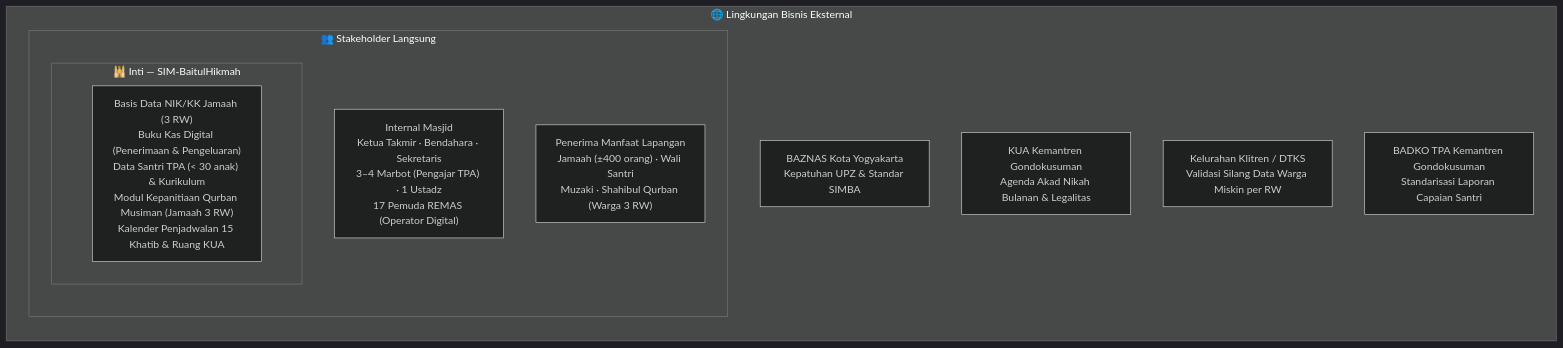
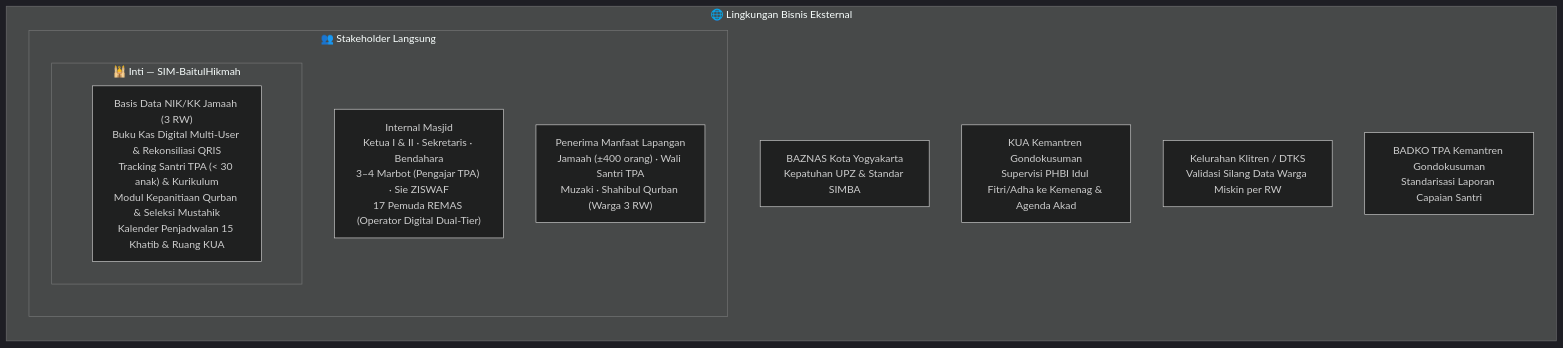
One commit to anothersunrisee/project-MSI changed the second of 4 diagrams in Laporan Modul 2 - Kelompok 1 F1.md. Above: the diagram before and after it, drawn with Mermaid (dark theme). The commit also changed other lines of this file and 3 other files, not shown here.

Commit message:
fix(reports-audit): harmonize mermaid diagrams across modules 1-3, update AGENTS.md mermaid audit protocol, and align module 3 with Bu Ratna's guidance

````diff
--- a/Laporan Modul 2 - Kelompok 1 F1.md
+++ b/Laporan Modul 2 - Kelompok 1 F1.md
@@ -91,18 +93,18 @@
 ```mermaid
 flowchart TD
     subgraph L3["🌐 Lingkungan Bisnis Eksternal"]
         direction TB
         subgraph L2["👥 Stakeholder Langsung"]
             direction TB
             subgraph L1["🕌 Inti — SIM-BaitulHikmah"]
-                CORE["Basis Data NIK/KK Jamaah (3 RW)\nBuku Kas Digital (Penerimaan & Pengeluaran)\nData Santri TPA (< 30 anak) & Kurikulum\nModul Kepanitiaan Qurban Musiman (Jamaah 3 RW)\nKalender Penjadwalan 15 Khatib & Ruang KUA"]
+                CORE["Basis Data NIK/KK Jamaah (3 RW)\nBuku Kas Digital Multi-User & Rekonsiliasi QRIS\nTracking Santri TPA (< 30 anak) & Kurikulum\nModul Kepanitiaan Qurban & Seleksi Mustahik\nKalender Penjadwalan 15 Khatib & Ruang KUA"]
             end
-            ST_IN["Internal Masjid\nKetua Takmir · Bendahara · Sekretaris\n3–4 Marbot (Pengajar TPA) · 1 Ustadz\n17 Pemuda REMAS (Operator Digital)"]
-            ST_EX["Penerima Manfaat Lapangan\nJamaah (±400 orang) · Wali Santri\nMuzaki · Shahibul Qurban (Warga 3 RW)"]
+            ST_IN["Internal Masjid\nKetua I & II · Sekretaris · Bendahara\n3–4 Marbot (Pengajar TPA) · Sie ZISWAF\n17 Pemuda REMAS (Operator Digital Dual-Tier)"]
+            ST_EX["Penerima Manfaat Lapangan\nJamaah (±400 orang) · Wali Santri TPA\nMuzaki · Shahibul Qurban (Warga 3 RW)"]
         end
         EXT1["BAZNAS Kota Yogyakarta\nKepatuhan UPZ & Standar SIMBA"]
-        EXT2["KUA Kemantren Gondokusuman\nAgenda Akad Nikah Bulanan & Legalitas"]
+        EXT2["KUA Kemantren Gondokusuman\nSupervisi PHBI Idul Fitri/Adha ke Kemenag & Agenda Akad"]
         EXT3["Kelurahan Klitren / DTKS\nValidasi Silang Data Warga Miskin per RW"]
         EXT4["BADKO TPA Kemantren Gondokusuman\nStandarisasi Laporan Capaian Santri"]
     end
 ```
````
